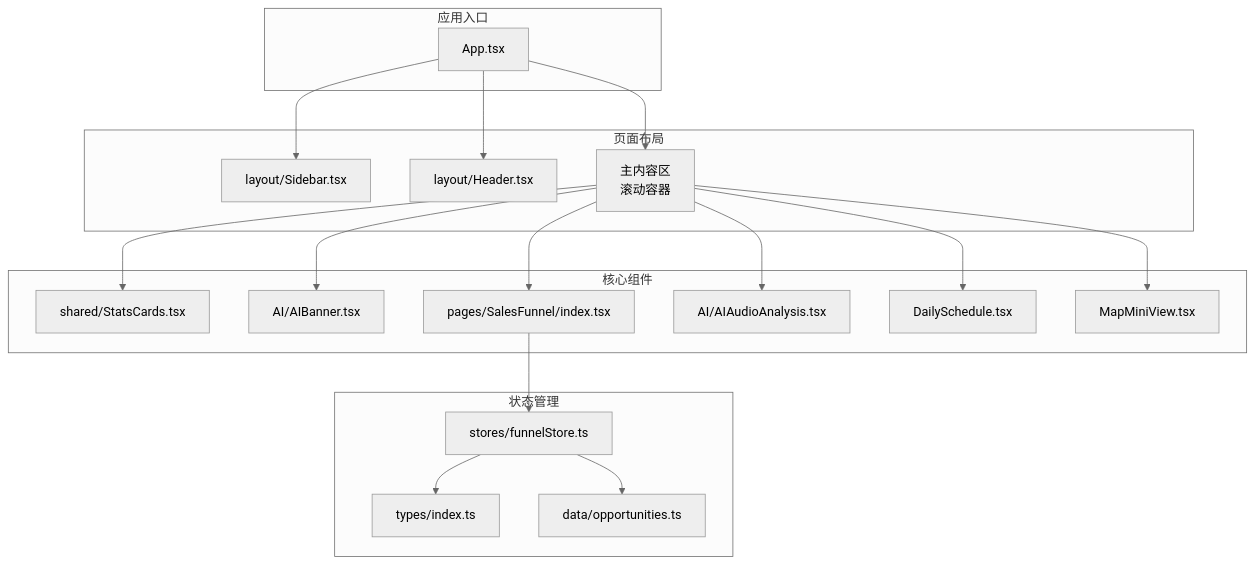
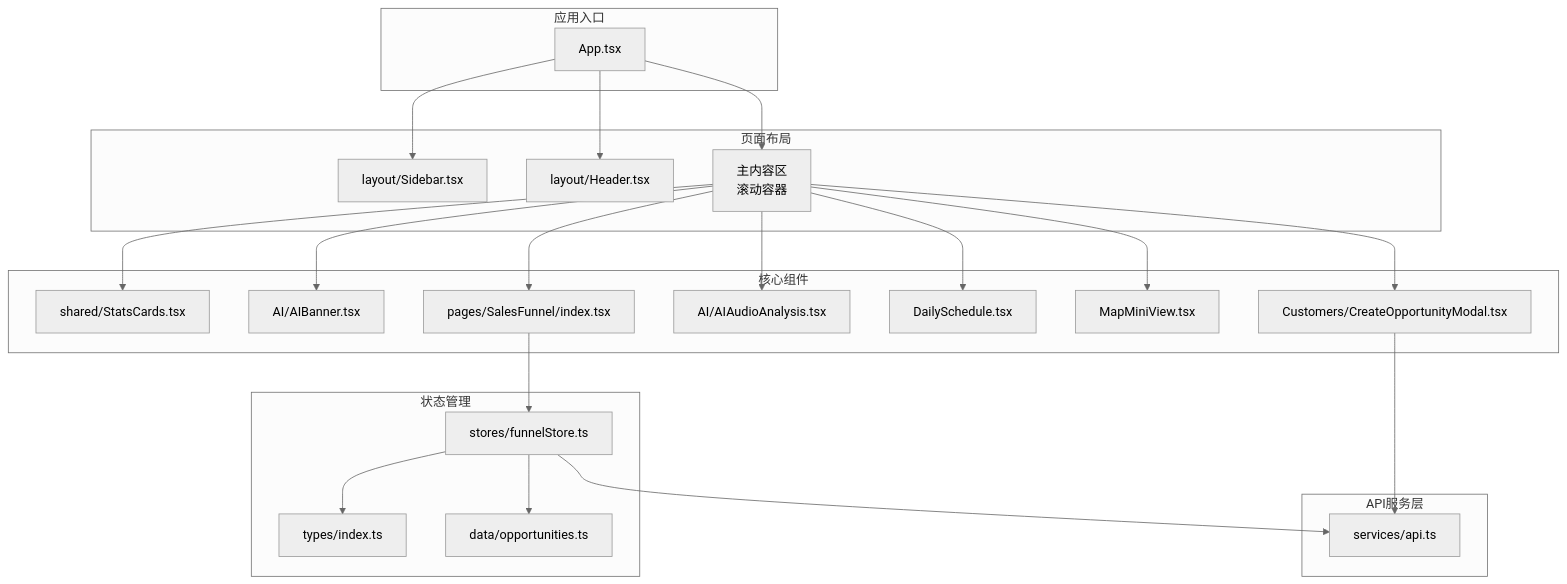
Before and after one commit to xianjianshenqu/SalesFlow-CRM: the first of 3 diagrams in .qoder/repowiki/zh/content/UI_UX设计/组件库规范/组件库规范.md, drawn with Mermaid (neutral theme). The commit also changed other lines of this file and 28 other files, not shown here.

````diff
--- a/.qoder/repowiki/zh/content/UI_UX设计/组件库规范/组件库规范.md
+++ b/.qoder/repowiki/zh/content/UI_UX设计/组件库规范/组件库规范.md
@@ -50,36 +54,43 @@
 ```mermaid
 graph TB
 subgraph "应用入口"
 APP["App.tsx"]
 end
 subgraph "页面布局"
 SIDEBAR["layout/Sidebar.tsx"]
 HEADER["layout/Header.tsx"]
 MAIN["主内容区<br/>滚动容器"]
 end
 subgraph "核心组件"
 STATS["shared/StatsCards.tsx"]
 BANNER["AI/AIBanner.tsx"]
 FUNNEL["pages/SalesFunnel/index.tsx"]
 AUDIO["AI/AIAudioAnalysis.tsx"]
 SCHEDULE["DailySchedule.tsx"]
 MAP["MapMiniView.tsx"]
+CREATE_OPPORTUNITY["Customers/CreateOpportunityModal.tsx"]
 end
 subgraph "状态管理"
 STORE["stores/funnelStore.ts"]
 TYPES["types/index.ts"]
 DATA["data/opportunities.ts"]
+end
+subgraph "API服务层"
+API["services/api.ts"]
 end
 APP --> SIDEBAR
 APP --> HEADER
 APP --> MAIN
 MAIN --> STATS
 MAIN --> BANNER
 MAIN --> FUNNEL
 MAIN --> AUDIO
 MAIN --> SCHEDULE
 MAIN --> MAP
+MAIN --> CREATE_OPPORTUNITY
 FUNNEL --> STORE
 STORE --> TYPES
 STORE --> DATA
+STORE --> API
+CREATE_OPPORTUNITY --> API
 ```
````
